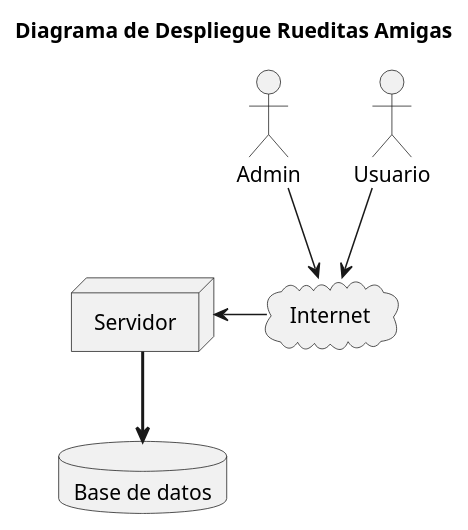
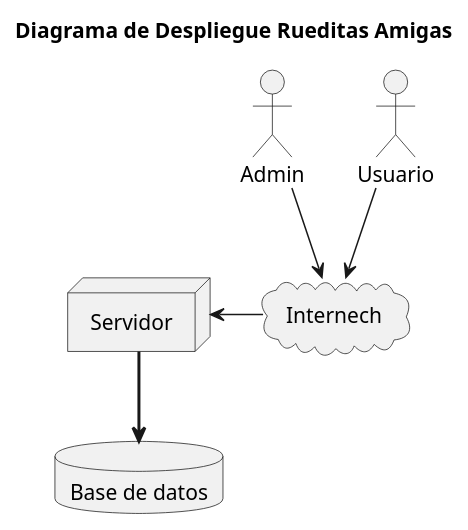
Before and after one commit to lrizzitano/RueditasAmigasDespliegue: the diagram in diagrams/DiagramaDeDespliegue.puml, drawn with PlantUML.

Commit message:
pruebo diagrama base

```diff
--- a/diagrams/DiagramaDeDespliegue.puml
+++ b/diagrams/DiagramaDeDespliegue.puml
@@ -1,22 +1,22 @@
 @startuml DiagramaDeDespliegue
 'https://plantuml.com/deployment-diagram
 
 title Diagrama de Despliegue Rueditas Amigas
 
 
 actor "Admin"
 actor "Usuario"
 
-cloud "Internet"
+cloud "Internech"
 
 node "Servidor"
 
 database "Base de datos"
 
-"Usuario" --> "Internet"
-"Admin" --> "Internet"
+"Usuario" --> "Internech"
+"Admin" --> "Internech"
 
-"Internet" -l-> "Servidor"
+"Internech" -l-> "Servidor"
 
 "Servidor" -[bold]-> "Base de datos"
 @enduml
```
